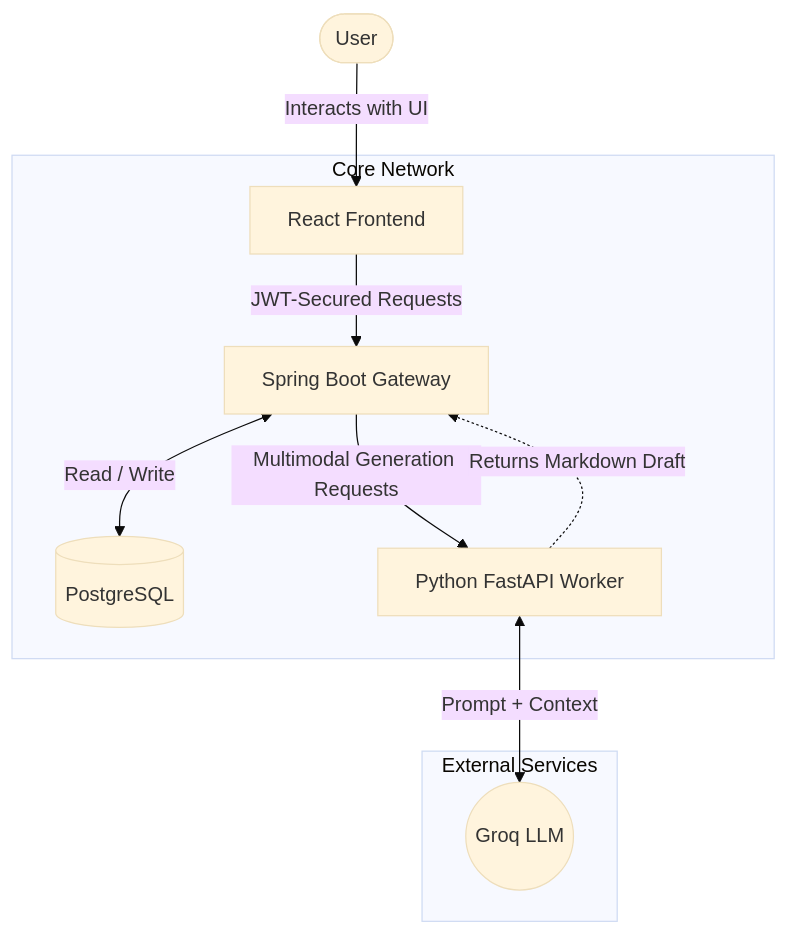
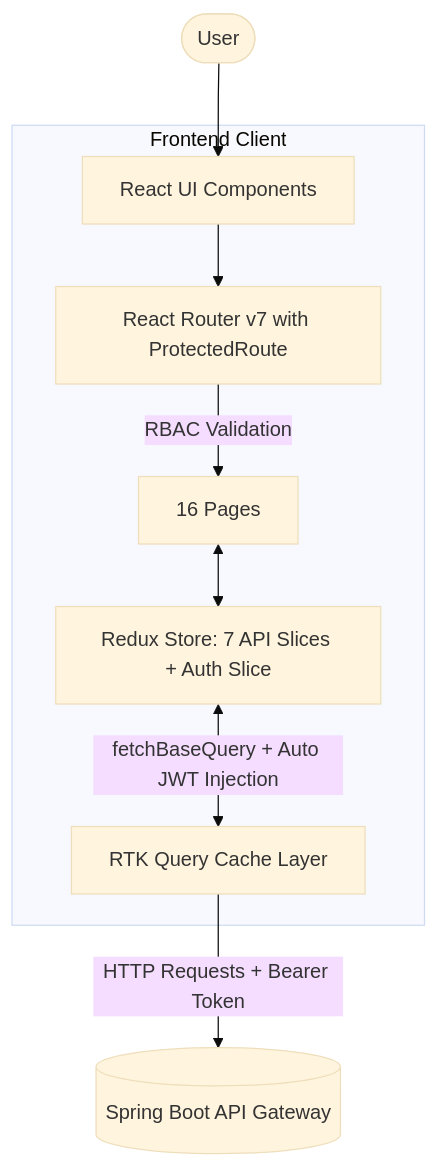
The second of 4 diagrams in README.md (amanshukla2004/Agentic_blog_generation_Saas), drawn with Mermaid (base theme) before and after one commit. The commit also changed other lines of this file and 15 other files, not shown here.

````diff
--- a/README.md
+++ b/README.md
@@ -25,17 +79,14 @@
 ```mermaid
 flowchart TD
-    User([User]) -->|Interacts with UI| Frontend[React Frontend]
+    User([User]) --> UI[React UI Components]
     
-    subgraph Core Network
-        Frontend -->|JWT-Secured Requests| Gateway[Spring Boot Gateway]
-        Gateway <-->|Read / Write| DB[(PostgreSQL)]
-        Gateway -->|Multimodal Generation Requests| AIWorker[Python FastAPI Worker]
+    subgraph Frontend Client
+        UI --> Router[React Router v7 with ProtectedRoute]
+        Router -->|RBAC Validation| Views[16 Pages]
+        
+        Views <--> Store[Redux Store: 7 API Slices + Auth Slice]
+        Store <-->|fetchBaseQuery + Auto JWT Injection| RTK[RTK Query Cache Layer]
     end
     
-    subgraph External Services
-        AIWorker <-->|Prompt + Context| LLM((Groq LLM))
-    end
-
-    %% Flow descriptions
-    AIWorker -.->|Returns Markdown Draft| Gateway
+    RTK -->|HTTP Requests + Bearer Token| Gateway[(Spring Boot API Gateway)]
 ```
````
